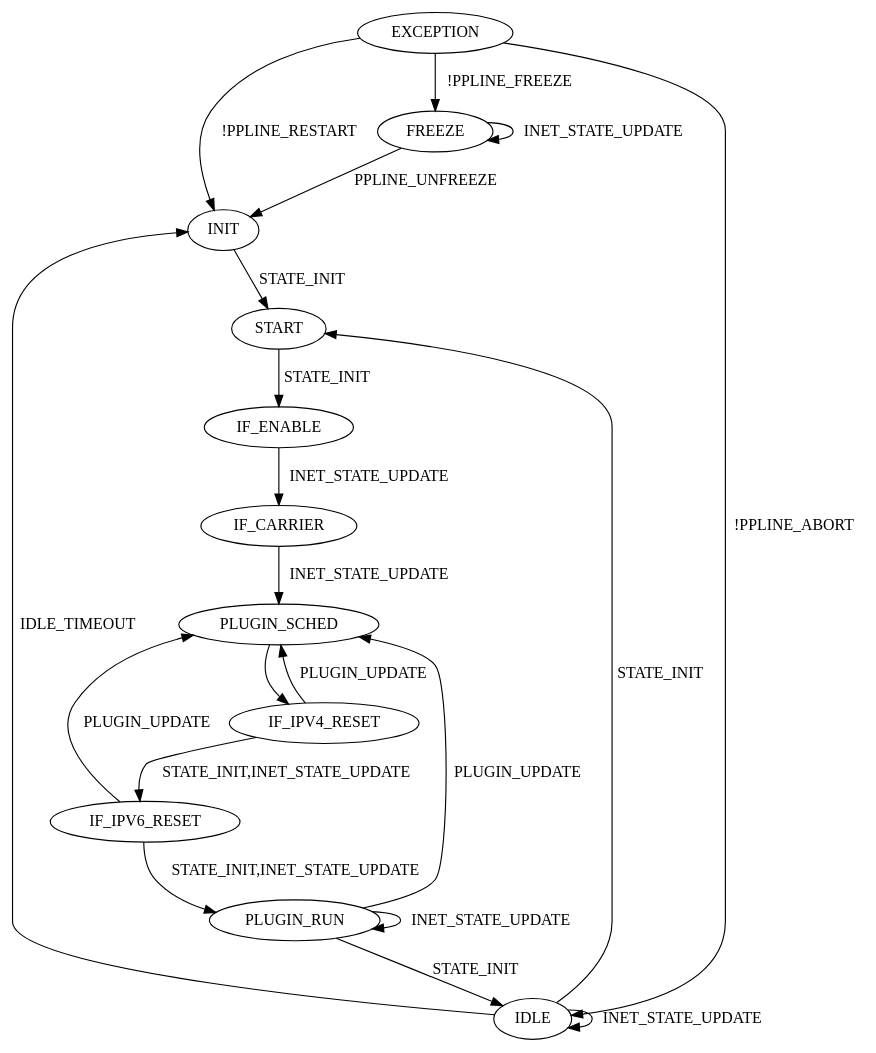
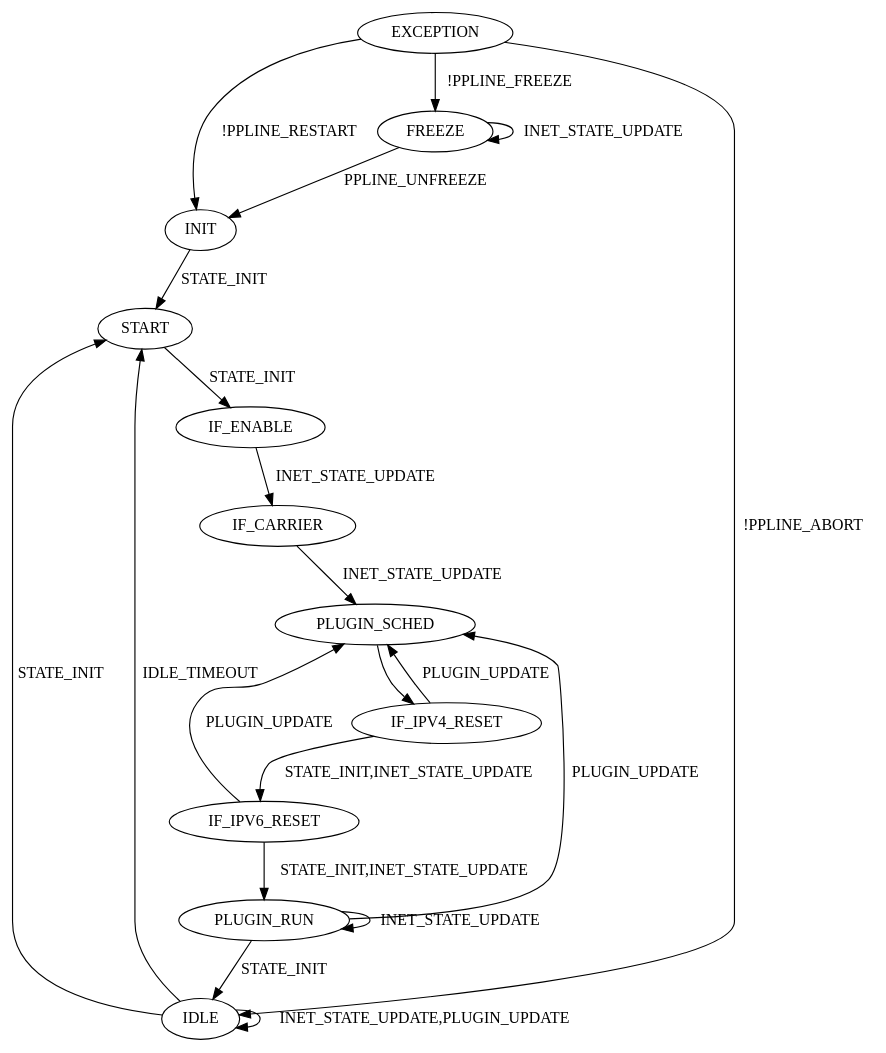
Before and after one commit to plume-design/opensync: the diagram in src/wano/src/wano_ppline.dot, drawn with Graphviz. The commit also changed 40 other files, not shown here.

```diff
--- a/src/wano/src/wano_ppline.dot
+++ b/src/wano/src/wano_ppline.dot
@@ -1,26 +1,26 @@
 digraph {
     INIT[init="true"];
 
     INIT -> START[label="STATE_INIT"];
     START -> IF_ENABLE[label="STATE_INIT"];
     IF_ENABLE -> IF_CARRIER[label="INET_STATE_UPDATE"];
     IF_CARRIER -> PLUGIN_SCHED [label="INET_STATE_UPDATE"];
     PLUGIN_SCHED -> IF_IPV4_RESET;
     IF_IPV4_RESET -> PLUGIN_SCHED [label="PLUGIN_UPDATE"];
     IF_IPV4_RESET -> IF_IPV6_RESET [label="STATE_INIT,INET_STATE_UPDATE"];
     IF_IPV6_RESET -> PLUGIN_SCHED [label="PLUGIN_UPDATE"];
     IF_IPV6_RESET -> PLUGIN_RUN [label="STATE_INIT,INET_STATE_UPDATE"];
     PLUGIN_RUN -> PLUGIN_SCHED [label="PLUGIN_UPDATE"];
     PLUGIN_RUN -> PLUGIN_RUN [label="INET_STATE_UPDATE"];
     PLUGIN_RUN -> IDLE [label="STATE_INIT"];
-    IDLE -> IDLE[label="INET_STATE_UPDATE"];
+    IDLE -> IDLE[label="INET_STATE_UPDATE,PLUGIN_UPDATE"];
     IDLE -> START[label="STATE_INIT"];
-    IDLE -> INIT[label="IDLE_TIMEOUT"];
+    IDLE -> START[label="IDLE_TIMEOUT"];
 
     FREEZE -> FREEZE[label="INET_STATE_UPDATE"];
     FREEZE -> INIT[label="PPLINE_UNFREEZE"];
 
     EXCEPTION-> INIT [label="!PPLINE_RESTART"];
     EXCEPTION -> IDLE [label="!PPLINE_ABORT"];
     EXCEPTION -> FREEZE [label="!PPLINE_FREEZE"];
 }
```
